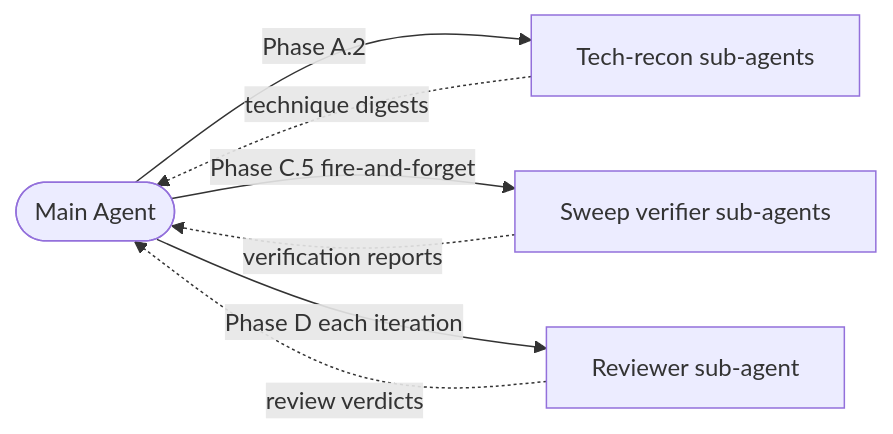
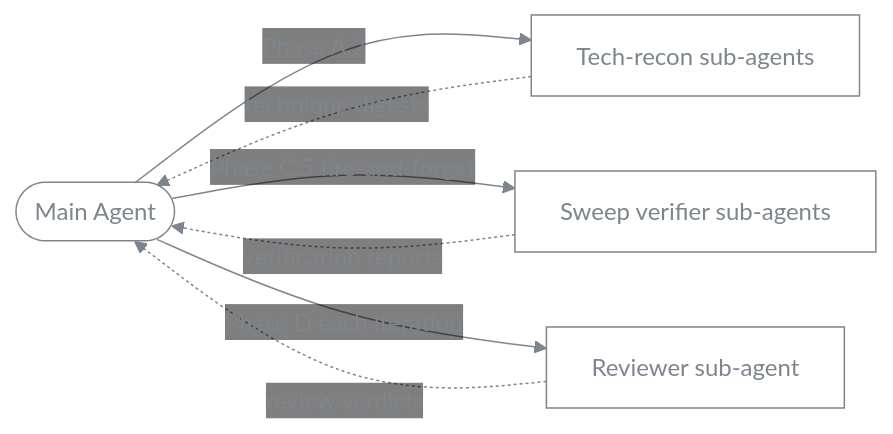
The second of 2 diagrams in README.zh.md (ChristianYang37/DLT-Proof-Writing-Skill), drawn with Mermaid before and after one commit. The commit also changed other lines of this file and 1 other file, not shown here.

First line of the commit message:
README: prompt template + transparent Mermaid + scripts alignment

````diff
--- a/README.zh.md
+++ b/README.zh.md
@@ -66,13 +67,14 @@
 ```mermaid
+%%{init: {'theme':'base','themeVariables':{'primaryColor':'transparent','primaryTextColor':'#7e858d','primaryBorderColor':'#7e858d','lineColor':'#7e858d','secondaryColor':'transparent','tertiaryColor':'transparent'}}}%%
 flowchart LR
     Main([Main Agent])
     Sub1[Tech-recon sub-agents]
     Sub2[Sweep verifier sub-agents]
     Sub3[Reviewer sub-agent]
     Main -->|Phase A.2| Sub1
     Main -->|Phase C.5 fire-and-forget| Sub2
     Main -->|Phase D each iteration| Sub3
     Sub1 -.->|technique digests| Main
     Sub2 -.->|verification reports| Main
     Sub3 -.->|review verdicts| Main
 ```
````
